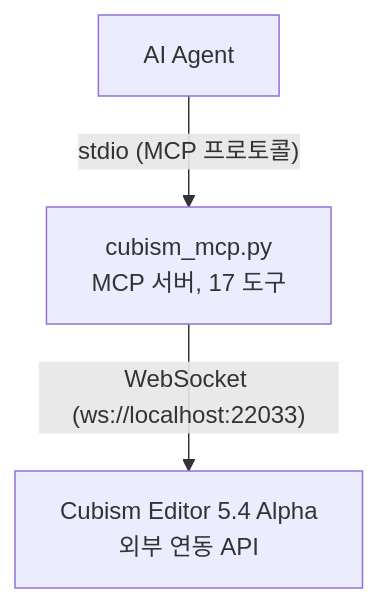
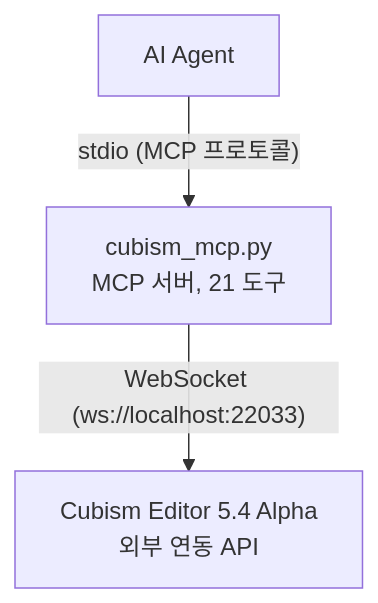
The diagram in i18n/README_KO.md (nana7chi/CubismExternalEditMCP), drawn with Mermaid before and after one commit. The commit also changed other lines of this file and 3 other files, not shown here.

````diff
--- a/i18n/README_KO.md
+++ b/i18n/README_KO.md
@@ -20,9 +20,9 @@
 ```mermaid
 graph TD
     AI["AI Agent"]
-    MCP["cubism_mcp.py<br/>MCP 서버, 17 도구"]
+    MCP["cubism_mcp.py<br/>MCP 서버, 21 도구"]
     Editor["Cubism Editor 5.4 Alpha<br/>외부 연동 API"]
 
     AI -->|"stdio (MCP 프로토콜)"| MCP
     MCP -->|"WebSocket (ws://localhost:22033)"| Editor
 ```
````
